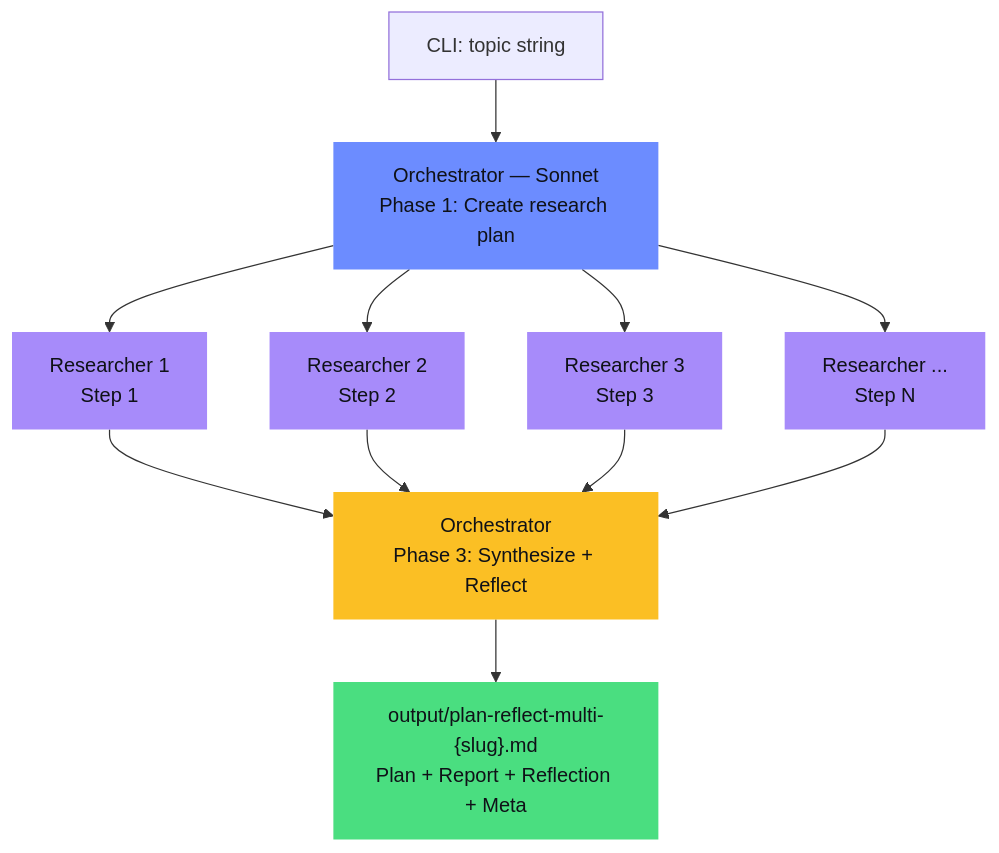
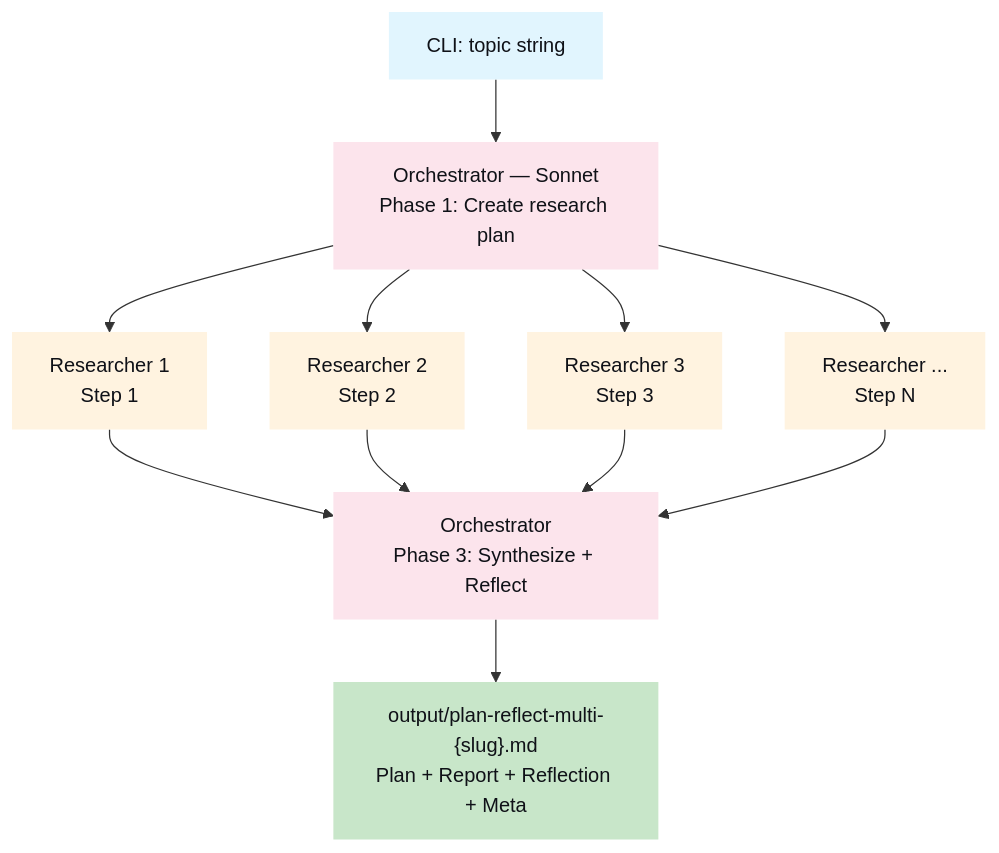
Before and after one commit to mj-deving/managed-agents-research: the fifth of 5 diagrams in README.md, drawn with Mermaid. The commit also changed other lines of this file, not shown here.

First line of the commit message:
design: Mermaid diagrams use n8n-email-triage pastel color palette

````diff
--- a/README.md
+++ b/README.md
@@ -420,21 +426,22 @@
 ```mermaid
 flowchart TD
     A["CLI: topic string"] --> B["Orchestrator — Sonnet\nPhase 1: Create research plan"]
     B --> C1["Researcher 1\nStep 1"]
     B --> C2["Researcher 2\nStep 2"]
     B --> C3["Researcher 3\nStep 3"]
     B --> C4["Researcher ...\nStep N"]
     C1 --> D["Orchestrator\nPhase 3: Synthesize + Reflect"]
     C2 --> D
     C3 --> D
     C4 --> D
     D --> E["output/plan-reflect-multi-{slug}.md\nPlan + Report + Reflection + Meta"]
 
-    style B fill:#6c8cff,color:#0f1117,stroke:none
-    style C1 fill:#a78bfa,color:#0f1117,stroke:none
-    style C2 fill:#a78bfa,color:#0f1117,stroke:none
-    style C3 fill:#a78bfa,color:#0f1117,stroke:none
-    style C4 fill:#a78bfa,color:#0f1117,stroke:none
-    style D fill:#fbbf24,color:#0f1117,stroke:none
-    style E fill:#4ade80,color:#0f1117,stroke:none
+    style A fill:#e1f5fe,color:#0f1117,stroke:none
+    style B fill:#fce4ec,color:#0f1117,stroke:none
+    style C1 fill:#fff3e0,color:#0f1117,stroke:none
+    style C2 fill:#fff3e0,color:#0f1117,stroke:none
+    style C3 fill:#fff3e0,color:#0f1117,stroke:none
+    style C4 fill:#fff3e0,color:#0f1117,stroke:none
+    style D fill:#fce4ec,color:#0f1117,stroke:none
+    style E fill:#c8e6c9,color:#0f1117,stroke:none
 ```
````
